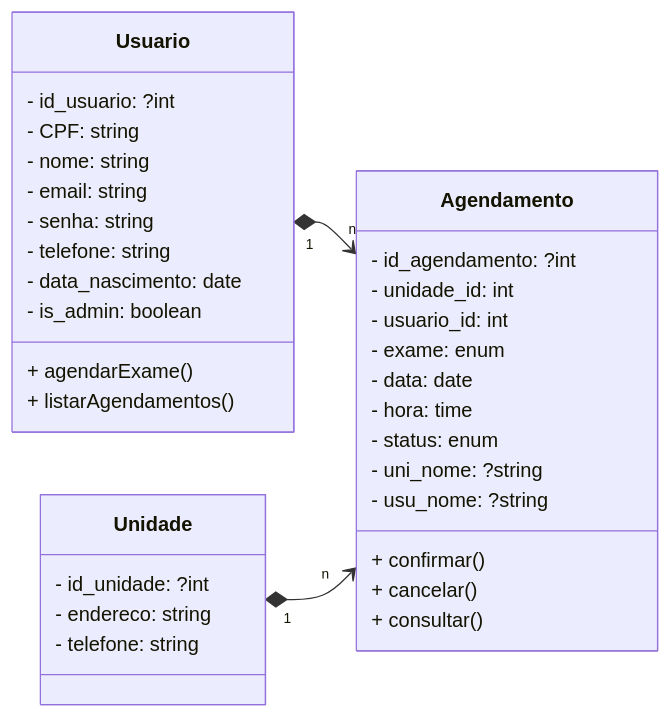
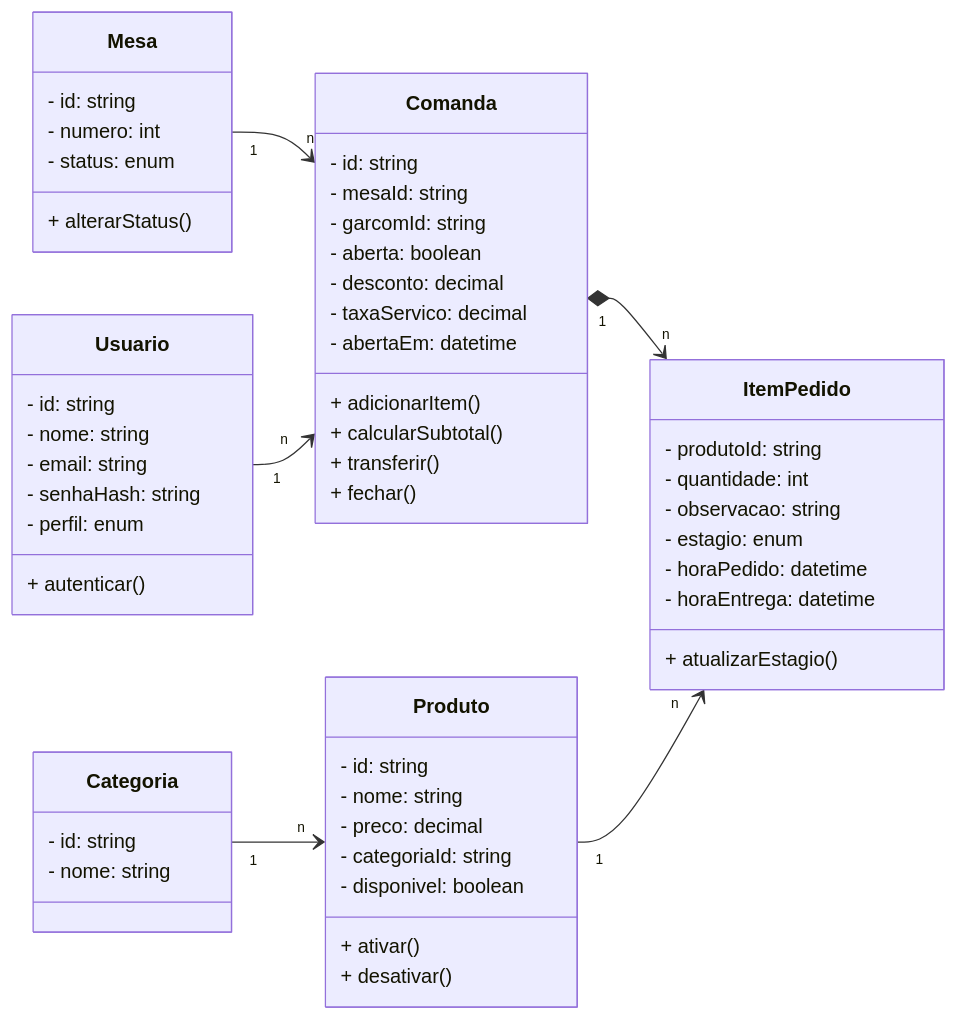
Before and after one commit to ProntaComanda/ProntaComanda-docs: the second of 3 diagrams in README.md, drawn with Mermaid. The commit also changed other lines of this file, not shown here.

````diff
--- a/README.md
+++ b/README.md
@@ -297,37 +355,58 @@
 ```mermaid
 classDiagram
 direction LR
     class Usuario {
-	    - id_usuario: ?int
-	    - CPF: string
-	    - nome: string
-	    - email: string
-	    - senha: string
-	    - telefone: string
-	    - data_nascimento: date
-	    - is_admin: boolean
-	    + agendarExame()
-	    + listarAgendamentos()
+        - id: string
+        - nome: string
+        - email: string
+        - senhaHash: string
+        - perfil: enum
+        + autenticar()
     }
-    class Agendamento {
-	    - id_agendamento: ?int
-      - unidade_id: int
-      - usuario_id: int
-      - exame: enum
-	    - data: date
-	    - hora: time
-	    - status: enum
-      - uni_nome: ?string
-	    - usu_nome: ?string
-	    + confirmar() 
-	    + cancelar()
-      + consultar () 
+    class Categoria {
+        - id: string
+        - nome: string
     }
-    class Unidade {
-	    - id_unidade: ?int
-	    - endereco: string
-	    - telefone: string
+    class Produto {
+        - id: string
+        - nome: string
+        - preco: decimal
+        - categoriaId: string
+        - disponivel: boolean
+        + ativar()
+        + desativar()
     }
-    Usuario "1" *--> "n" Agendamento
-    Unidade "1" *--> "n" Agendamento
+    class Mesa {
+        - id: string
+        - numero: int
+        - status: enum
+        + alterarStatus()
+    }
+    class Comanda {
+        - id: string
+        - mesaId: string
+        - garcomId: string
+        - aberta: boolean
+        - desconto: decimal
+        - taxaServico: decimal
+        - abertaEm: datetime
+        + adicionarItem()
+        + calcularSubtotal()
+        + transferir()
+        + fechar()
+    }
+    class ItemPedido {
+        - produtoId: string
+        - quantidade: int
+        - observacao: string
+        - estagio: enum
+        - horaPedido: datetime
+        - horaEntrega: datetime
+        + atualizarEstagio()
+    }
+    Categoria "1" --> "n" Produto
+    Mesa "1" --> "n" Comanda
+    Usuario "1" --> "n" Comanda
+    Comanda "1" *--> "n" ItemPedido
+    Produto "1" --> "n" ItemPedido
 ```
````
